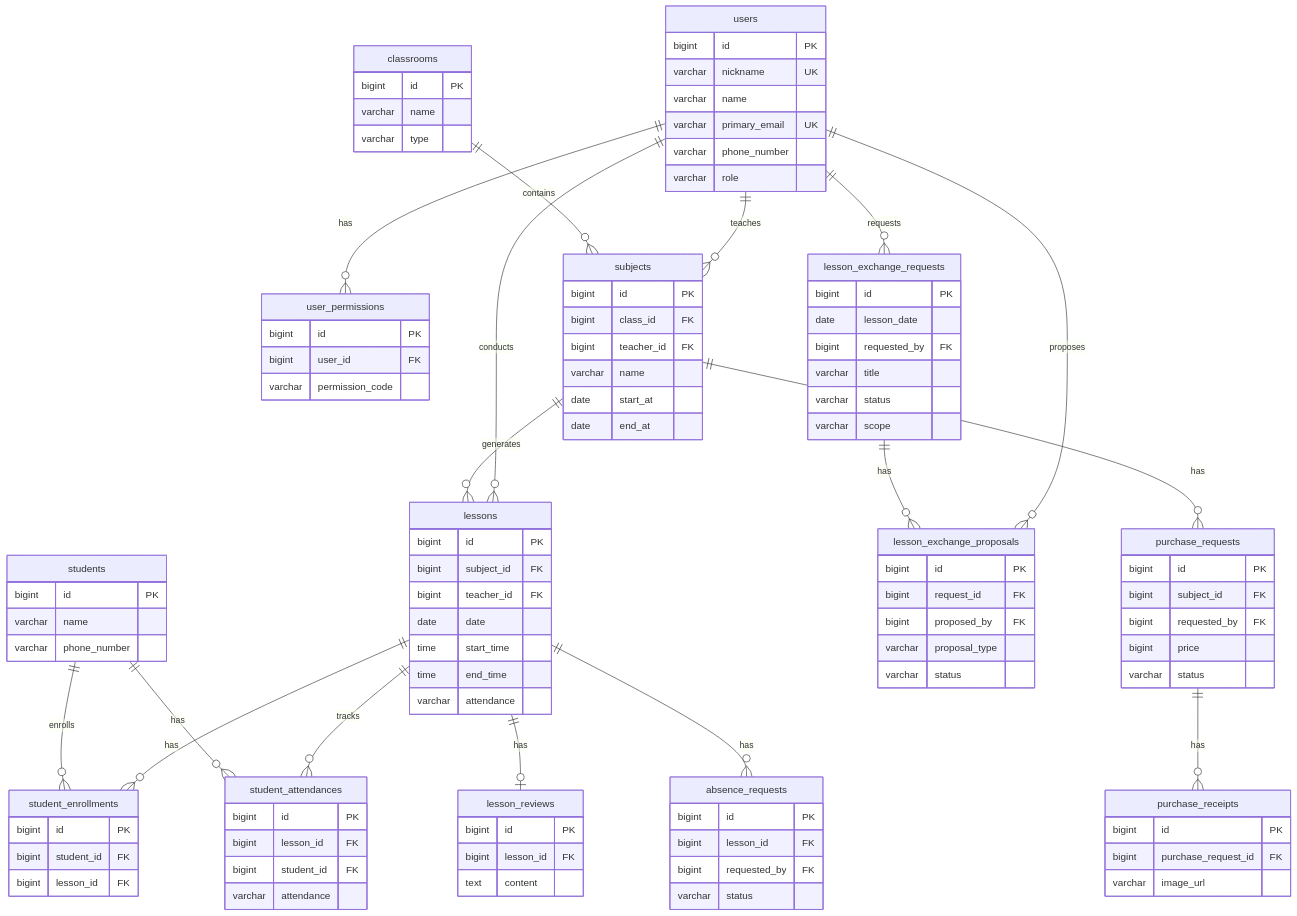
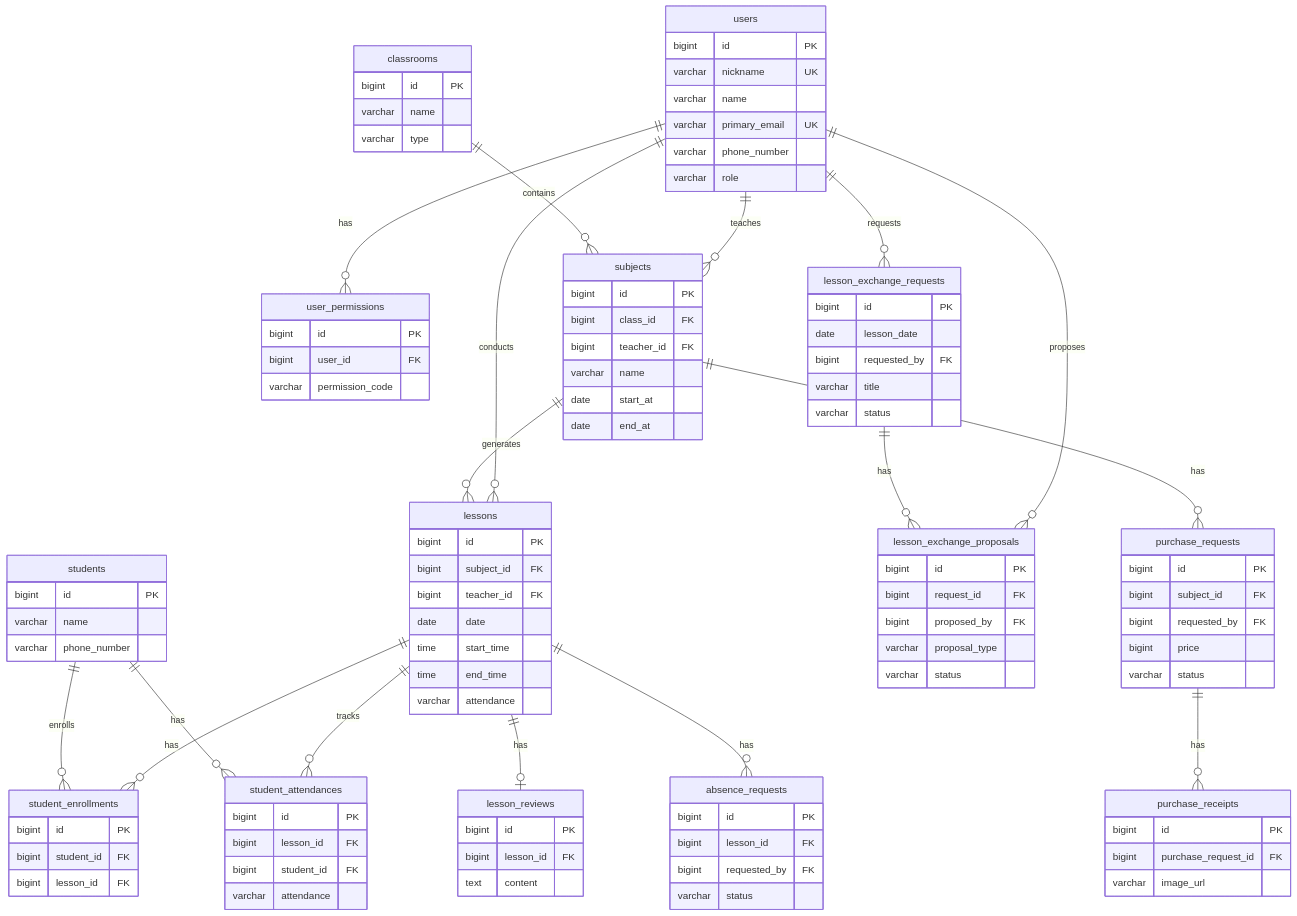
One commit to Geumjeongyahak/Backend changed the diagram in docs/data_model.md. Above: the diagram before and after it, drawn with Mermaid. The commit also changed other lines of this file and 9 other files, not shown here.

```diff
--- a/docs/data_model.md
+++ b/docs/data_model.md
@@ -159,7 +159,6 @@
         bigint requested_by FK
         varchar title
         varchar status
-        varchar scope
     }
 
     lesson_exchange_proposals {
```
